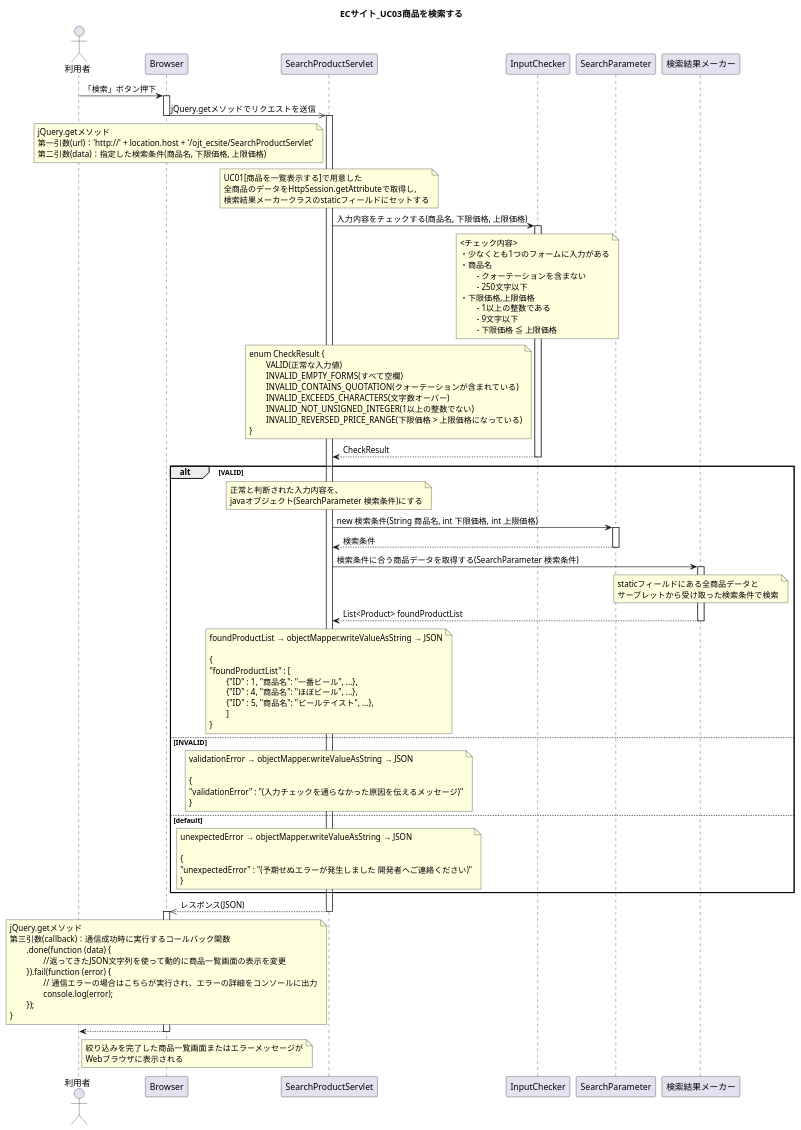
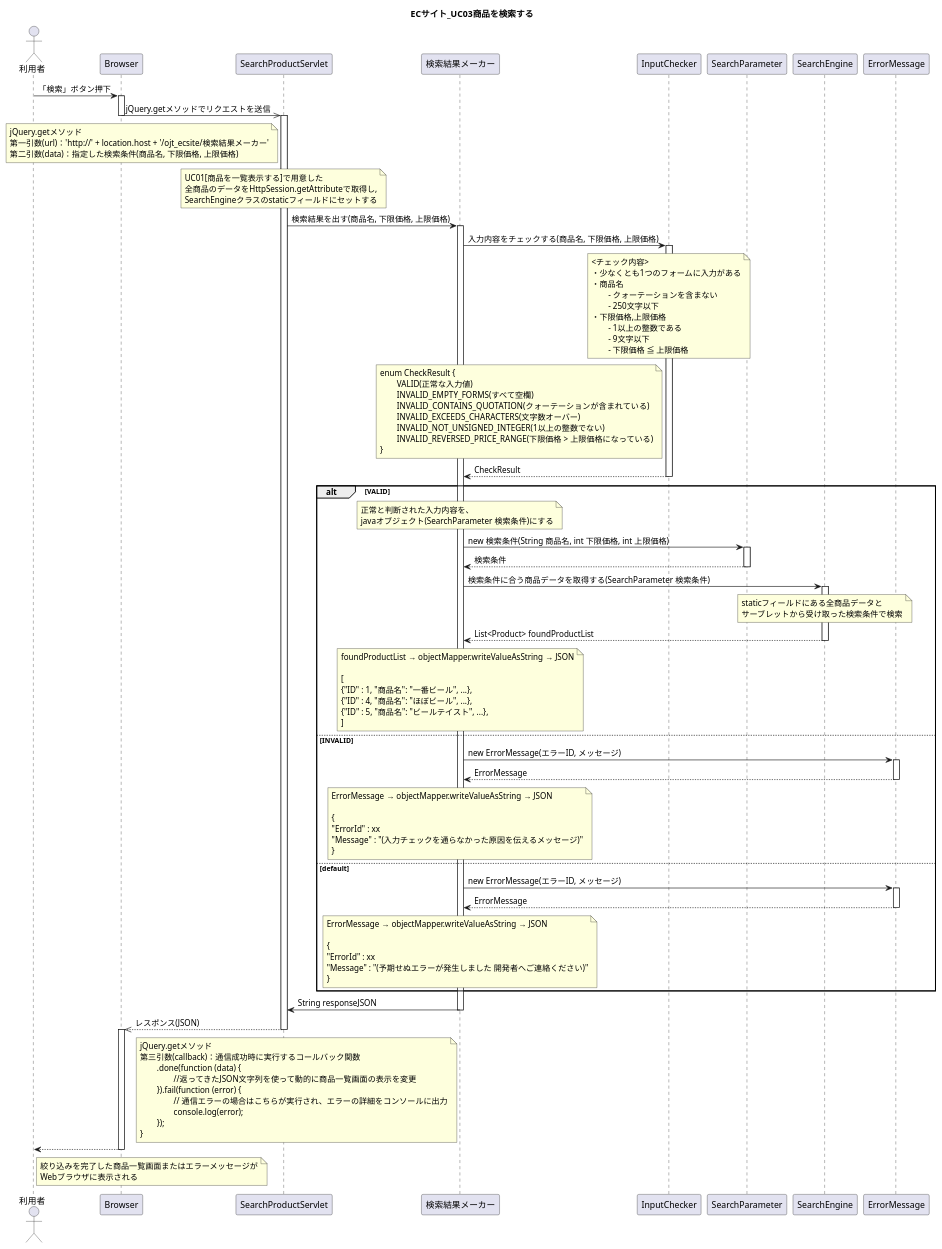
Before and after one commit to wnakayama/ojt_ecsite: the diagram in UML/Sequence03.puml, drawn with PlantUML. The commit also changed 3 other files, not shown here.

```diff
--- a/UML/Sequence03.puml
+++ b/UML/Sequence03.puml
@@ -1,137 +1,152 @@
 @startuml
 title ECサイト_UC03商品を検索する
 
 actor 利用者
 
 利用者 -> Browser : 「検索」ボタン押下
 activate Browser
 
 Browser ->> SearchProductServlet : jQuery.getメソッドでリクエストを送信
 deactivate Browser
 activate SearchProductServlet
 
 	note left of SearchProductServlet
 	jQuery.getメソッド
-	第一引数(url)：'http://' + location.host + '/ojt_ecsite/SearchProductServlet'
+	第一引数(url)：'http://' + location.host + '/ojt_ecsite/検索結果メーカー'
 	第二引数(data)：指定した検索条件(商品名, 下限価格, 上限価格)
 	end note
 
 	note over SearchProductServlet
 	UC01[商品を一覧表示する]で用意した
 	全商品のデータをHttpSession.getAttributeで取得し,
-	検索結果メーカークラスのstaticフィールドにセットする
+	SearchEngineクラスのstaticフィールドにセットする
 	end note
+	
+SearchProductServlet -> 検索結果メーカー : 検索結果を出す(商品名, 下限価格, 上限価格)
+activate 検索結果メーカー
 
-SearchProductServlet -> InputChecker : 入力内容をチェックする(商品名, 下限価格, 上限価格)
+検索結果メーカー -> InputChecker : 入力内容をチェックする(商品名, 下限価格, 上限価格)
 activate InputChecker
 
 	note over InputChecker
 	<チェック内容>
 	・少なくとも1つのフォームに入力がある
 	・商品名
 		- クォーテーションを含まない
 		- 250文字以下
 	・下限価格,上限価格
 		- 1以上の整数である
 		- 9文字以下
 		- 下限価格 ≦ 上限価格
 	end note
 
 	note left of InputChecker 
 	enum CheckResult {
 		VALID(正常な入力値)
 		INVALID_EMPTY_FORMS(すべて空欄)
 		INVALID_CONTAINS_QUOTATION(クォーテーションが含まれている)
 		INVALID_EXCEEDS_CHARACTERS(文字数オーバー)
 		INVALID_NOT_UNSIGNED_INTEGER(1以上の整数でない)
 		INVALID_REVERSED_PRICE_RANGE(下限価格 > 上限価格になっている)
 	}
 	end note
 
-SearchProductServlet <-- InputChecker : CheckResult
+検索結果メーカー <-- InputChecker : CheckResult
 deactivate InputChecker
 
 
 alt VALID
 	
-	note over SearchProductServlet
+	note over 検索結果メーカー
 	正常と判断された入力内容を、
 	javaオブジェクト(SearchParameter 検索条件)にする
 	end note
 
-SearchProductServlet -> SearchParameter : new 検索条件(String 商品名, int 下限価格, int 上限価格)
+検索結果メーカー -> SearchParameter : new 検索条件(String 商品名, int 下限価格, int 上限価格)
 activate SearchParameter
-SearchProductServlet <-- SearchParameter : 検索条件
+検索結果メーカー <-- SearchParameter : 検索条件
 deactivate SearchParameter
 
-SearchProductServlet -> 検索結果メーカー : 検索条件に合う商品データを取得する(SearchParameter 検索条件)
-activate 検索結果メーカー
+検索結果メーカー -> SearchEngine : 検索条件に合う商品データを取得する(SearchParameter 検索条件)
+activate SearchEngine
 
-	note over 検索結果メーカー
+	note over SearchEngine
 	staticフィールドにある全商品データと
 	サーブレットから受け取った検索条件で検索
 	end note
 
-SearchProductServlet <-- 検索結果メーカー : List<Product> foundProductList
-deactivate 検索結果メーカー
+検索結果メーカー <-- SearchEngine : List<Product> foundProductList
+deactivate SearchEngine
 
-	note over SearchProductServlet
+	note over 検索結果メーカー
 	foundProductList → objectMapper.writeValueAsString → JSON
 
-	{
-	"foundProductList" : [
-		{"ID" : 1, "商品名": "一番ビール", ...},
-		{"ID" : 4, "商品名": "ほぼビール", ...},
-		{"ID" : 5, "商品名": "ビールテイスト", ...},
-		]
-	}
+	[
+	{"ID" : 1, "商品名": "一番ビール", ...},
+	{"ID" : 4, "商品名": "ほぼビール", ...},
+	{"ID" : 5, "商品名": "ビールテイスト", ...},
+	]
 	end note
 
 else INVALID
 
-	note over SearchProductServlet
-	validationError → objectMapper.writeValueAsString → JSON
+検索結果メーカー -> ErrorMessage : new ErrorMessage(エラーID, メッセージ)
+activate ErrorMessage
+検索結果メーカー <-- ErrorMessage : ErrorMessage
+deactivate ErrorMessage
+
+	note over 検索結果メーカー
+	ErrorMessage → objectMapper.writeValueAsString → JSON
 
 	{
-	"validationError" : "(入力チェックを通らなかった原因を伝えるメッセージ)"
+	"ErrorId" : xx
+	"Message" : "(入力チェックを通らなかった原因を伝えるメッセージ)"
 	}
 	end note
 
 else default
 
-	note over SearchProductServlet
-	unexpectedError → objectMapper.writeValueAsString → JSON
+検索結果メーカー -> ErrorMessage : new ErrorMessage(エラーID, メッセージ)
+activate ErrorMessage
+検索結果メーカー <-- ErrorMessage : ErrorMessage
+deactivate ErrorMessage
+
+	note over 検索結果メーカー
+	ErrorMessage → objectMapper.writeValueAsString → JSON
 
 	{
-	"unexpectedError" : "(予期せぬエラーが発生しました 開発者へご連絡ください)"
+	"ErrorId" : xx
+	"Message" : "(予期せぬエラーが発生しました 開発者へご連絡ください)"
 	}
 	end note
 
 end
 
+SearchProductServlet <- 検索結果メーカー : String responseJSON
+deactivate 検索結果メーカー
 Browser <<-- SearchProductServlet : レスポンス(JSON)
 deactivate SearchProductServlet
 activate Browser
 
-	note left of SearchProductServlet
+	note left of 検索結果メーカー
 	jQuery.getメソッド
 	第三引数(callback)：通信成功時に実行するコールバック関数
 		.done(function (data) {
 			//返ってきたJSON文字列を使って動的に商品一覧画面の表示を変更
 		}).fail(function (error) {
 			// 通信エラーの場合はこちらが実行され、エラーの詳細をコンソールに出力
 			console.log(error);
 		});
 	}
 	end note
 
 
 利用者 <-- Browser
 	note right of 利用者
 	絞り込みを完了した商品一覧画面またはエラーメッセージが
 	Webブラウザに表示される
 	end note
 
 deactivate Browser
 
 @enduml
```
